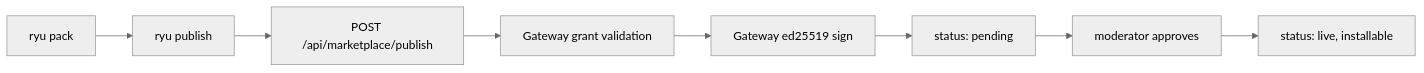
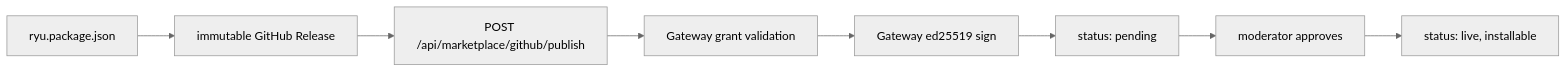
One commit to amajorai/ryu-docs changed the second of 2 diagrams in content/docs/extend/develop/extensions/marketplace.mdx. Above: the diagram before and after it, drawn with Mermaid (neutral theme). The commit also changed other lines of this file and 317 other files, not shown here.

````diff
--- a/content/docs/extend/develop/extensions/marketplace.mdx
+++ b/content/docs/extend/develop/extensions/marketplace.mdx
@@ -23,10 +142,10 @@
 ```mermaid
 flowchart LR
-  A[ryu pack] --> B[ryu publish]
-  B --> C[POST /api/marketplace/publish]
+  A[ryu.package.json] --> B[immutable GitHub Release]
+  B --> C[POST /api/marketplace/github/publish]
   C --> D[Gateway grant validation]
   D --> E[Gateway ed25519 sign]
   E --> F[status: pending]
   F --> G[moderator approves]
   G --> H[status: live, installable]
 ```
````
